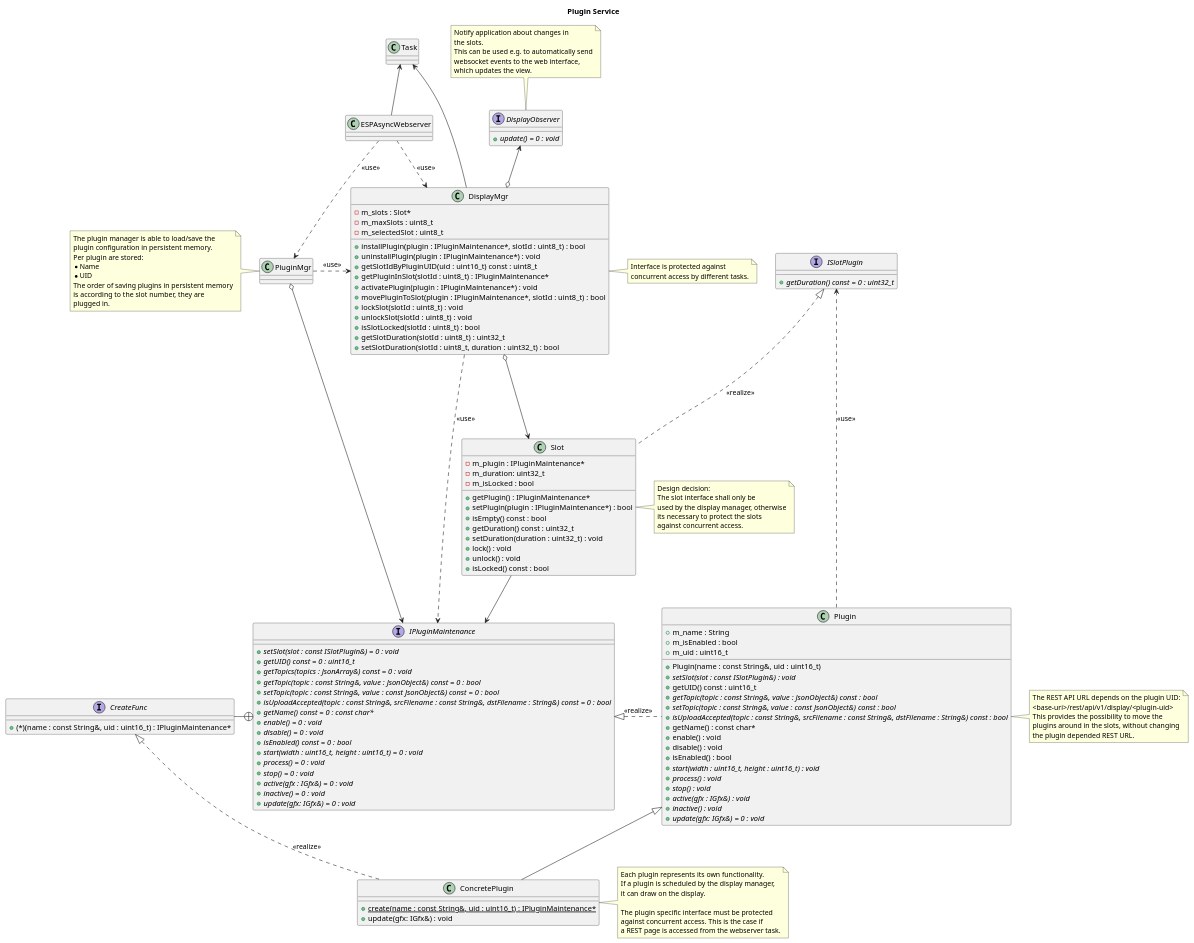
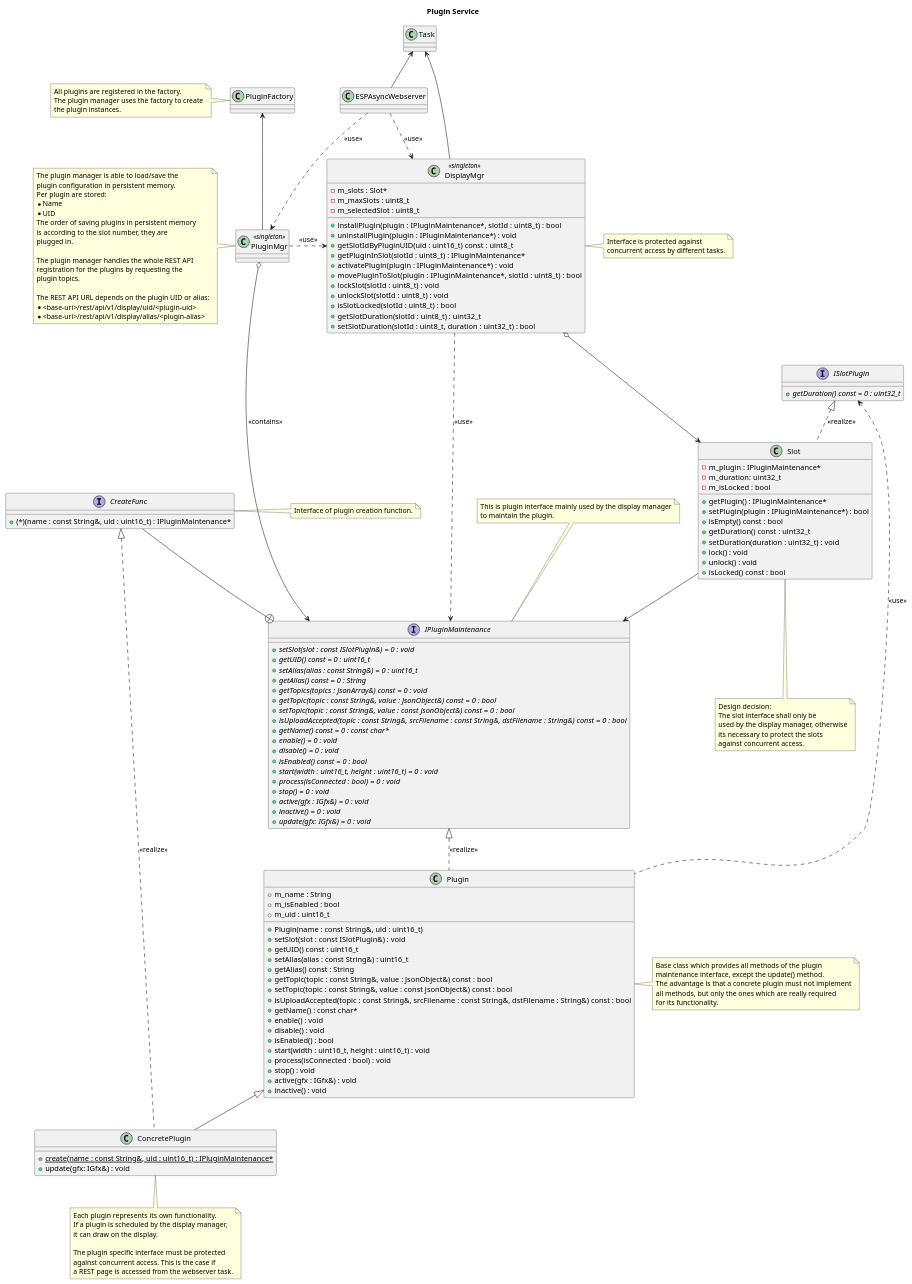
The diagram in doc/design/plugin-service.plantuml (BlueAndi/Pixelix), drawn with PlantUML before and after one commit. The commit also changed 1 other file, not shown here.

Commit message:
Static and dynamic view for plugin service added to documentation.

```diff
--- a/doc/design/plugin-service.plantuml
+++ b/doc/design/plugin-service.plantuml
@@ -1,180 +1,197 @@
 @startuml
 
 title Plugin Service
 
 interface IPluginMaintenance {
 
     + {abstract} setSlot(slot : const ISlotPlugin&) = 0 : void
     + {abstract} getUID() const = 0 : uint16_t
+    + {abstract} setAlias(alias : const String&) = 0 : uint16_t
+    + {abstract} getAlias() const = 0 : String
     + {abstract} getTopics(topics : JsonArray&) const = 0 : void
     + {abstract} getTopic(topic : const String&, value : JsonObject&) const = 0 : bool
     + {abstract} setTopic(topic : const String&, value : const JsonObject&) const = 0 : bool
     + {abstract} isUploadAccepted(topic : const String&, srcFilename : const String&, dstFilename : String&) const = 0 : bool
     + {abstract} getName() const = 0 : const char*
     + {abstract} enable() = 0 : void
     + {abstract} disable() = 0 : void
     + {abstract} isEnabled() const = 0 : bool
     + {abstract} start(width : uint16_t, height : uint16_t) = 0 : void
-    + {abstract} process() = 0 : void
+    + {abstract} process(isConnected : bool) = 0 : void
     + {abstract} stop() = 0 : void
     + {abstract} active(gfx : IGfx&) = 0 : void
     + {abstract} inactive() = 0 : void
     + {abstract} update(gfx: IGfx&) = 0 : void
 }
 
+note top of IPluginMaintenance
+    This is plugin interface mainly used by the display manager
+    to maintain the plugin.
+end note
+
 interface CreateFunc {
     + (*)(name : const String&, uid : uint16_t) : IPluginMaintenance*
 }
+
+note right of CreateFunc
+    Interface of plugin creation function.
+end note
 
 class Plugin {
 
     + m_name : String
     + m_isEnabled : bool
     + m_uid : uint16_t
 
     + Plugin(name : const String&, uid : uint16_t)
-    + {abstract} setSlot(slot : const ISlotPlugin&) : void
+    + setSlot(slot : const ISlotPlugin&) : void
     + getUID() const : uint16_t
-    + {abstract} getTopic(topic : const String&, value : JsonObject&) const : bool
-    + {abstract} setTopic(topic : const String&, value : const JsonObject&) const : bool
-    + {abstract} isUploadAccepted(topic : const String&, srcFilename : const String&, dstFilename : String&) const : bool
+    + setAlias(alias : const String&) : uint16_t
+    + getAlias() const : String
+    + getTopic(topic : const String&, value : JsonObject&) const : bool
+    + setTopic(topic : const String&, value : const JsonObject&) const : bool
+    + isUploadAccepted(topic : const String&, srcFilename : const String&, dstFilename : String&) const : bool
     + getName() : const char*
     + enable() : void
     + disable() : void
     + isEnabled() : bool
-    + {abstract} start(width : uint16_t, height : uint16_t) : void
-    + {abstract} process() : void
-    + {abstract} stop() : void
-    + {abstract} active(gfx : IGfx&) : void
-    + {abstract} inactive() : void
-    + {abstract} update(gfx: IGfx&) = 0 : void
+    + start(width : uint16_t, height : uint16_t) : void
+    + process(isConnected : bool) : void
+    + stop() : void
+    + active(gfx : IGfx&) : void
+    + inactive() : void
 }
 
 note right of Plugin
-    The REST API URL depends on the plugin UID:
-    <base-uri>/rest/api/v1/display/<plugin-uid>
-    This provides the possibility to move the
-    plugins around in the slots, without changing
-    the plugin depended REST URL.
+    Base class which provides all methods of the plugin
+    maintenance interface, except the update() method.
+    The advantage is that a concrete plugin must not implement
+    all methods, but only the ones which are really required
+    for its functionality.
 end note
 
 class ConcretePlugin {
     + {static} create(name : const String&, uid : uint16_t) : IPluginMaintenance*
     + update(gfx: IGfx&) : void
 }
 
-note right of ConcretePlugin
+note bottom of ConcretePlugin
     Each plugin represents its own functionality.
     If a plugin is scheduled by the display manager,
     it can draw on the display.
 
     The plugin specific interface must be protected
     against concurrent access. This is the case if
     a REST page is accessed from the webserver task.
 end note
 
 interface ISlotPlugin {
 
     + {abstract} getDuration() const = 0 : uint32_t
 }
 
 class Slot {
     - m_plugin : IPluginMaintenance*
     - m_duration: uint32_t
     - m_isLocked : bool
     + getPlugin() : IPluginMaintenance*
     + setPlugin(plugin : IPluginMaintenance*) : bool
     + isEmpty() const : bool
     + getDuration() const : uint32_t
     + setDuration(duration : uint32_t) : void
     + lock() : void
     + unlock() : void
     + isLocked() const : bool
 }
 
-note right of Slot
+note bottom of Slot
     Design decision:
     The slot interface shall only be
     used by the display manager, otherwise
     its necessary to protect the slots
     against concurrent access.
 end note
 
-interface DisplayObserver {
-    + {abstract} update() = 0 : void
-}
-
-note top of DisplayObserver
-    Notify application about changes in
-    the slots.
-    This can be used e.g. to automatically send
-    websocket events to the web interface,
-    which updates the view.
-end note
-
-class DisplayMgr {
+class DisplayMgr <<singleton>> {
     - m_slots : Slot*
     - m_maxSlots : uint8_t
     - m_selectedSlot : uint8_t
     + installPlugin(plugin : IPluginMaintenance*, slotId : uint8_t) : bool
     + uninstallPlugin(plugin : IPluginMaintenance*) : void
     + getSlotIdByPluginUID(uid : uint16_t) const : uint8_t
     + getPluginInSlot(slotId : uint8_t) : IPluginMaintenance*
     + activatePlugin(plugin : IPluginMaintenance*) : void
     + movePluginToSlot(plugin : IPluginMaintenance*, slotId : uint8_t) : bool
     + lockSlot(slotId : uint8_t) : void
     + unlockSlot(slotId : uint8_t) : void
     + isSlotLocked(slotId : uint8_t) : bool
     + getSlotDuration(slotId : uint8_t) : uint32_t
     + setSlotDuration(slotId : uint8_t, duration : uint32_t) : bool
 }
 
 note right of DisplayMgr
     Interface is protected against
     concurrent access by different tasks.
 end note
 
 class Task
 
-class PluginMgr
+class PluginFactory
+
+note left of PluginFactory
+    All plugins are registered in the factory.
+    The plugin manager uses the factory to create
+    the plugin instances.
+end note
+
+class PluginMgr <<singleton>>
 
 note left of PluginMgr
     The plugin manager is able to load/save the
     plugin configuration in persistent memory.
     Per plugin are stored:
     * Name
     * UID
     The order of saving plugins in persistent memory
     is according to the slot number, they are
     plugged in.
+
+    The plugin manager handles the whole REST API
+    registration for the plugins by requesting the
+    plugin topics.
+
+    The REST API URL depends on the plugin UID or alias:
+    * <base-uri>/rest/api/v1/display/uid/<plugin-uid>
+    * <base-uri>/rest/api/v1/display/alias/<plugin-alias>
 end note
 
 class ESPAsyncWebserver
 
-CreateFunc -+ IPluginMaintenance
+PluginFactory <-- PluginMgr
 
-IPluginMaintenance <|. Plugin: <<realize>>
+CreateFunc --+ IPluginMaintenance
+
+IPluginMaintenance <|.. Plugin: <<realize>>
 ISlotPlugin <.... Plugin: <<use>>
 
 Plugin <|-- ConcretePlugin
-CreateFunc <|.. ConcretePlugin: <<realize>>
+CreateFunc <|.... ConcretePlugin: <<realize>>
 
 ISlotPlugin <|.. Slot: <<realize>>
 
 DisplayMgr ....> IPluginMaintenance: <<use>>
 DisplayMgr o---> Slot
-DisplayMgr o-u-> DisplayObserver
 
 Slot --> IPluginMaintenance
 
 Task <--- DisplayMgr
 
-PluginMgr o--> IPluginMaintenance
+PluginMgr o--> IPluginMaintenance: <<contains>>
 PluginMgr .> DisplayMgr: <<use>>
 
 Task <-- ESPAsyncWebserver
 
 ESPAsyncWebserver ..> DisplayMgr: <<use>>
 ESPAsyncWebserver ..> PluginMgr: <<use>>
 
 @enduml
```
